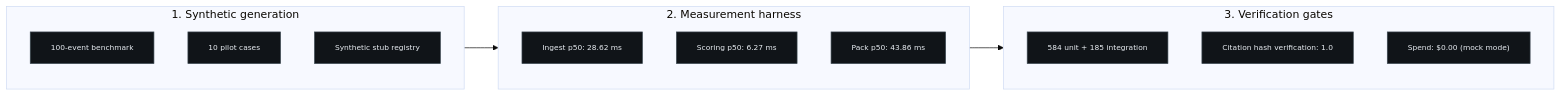
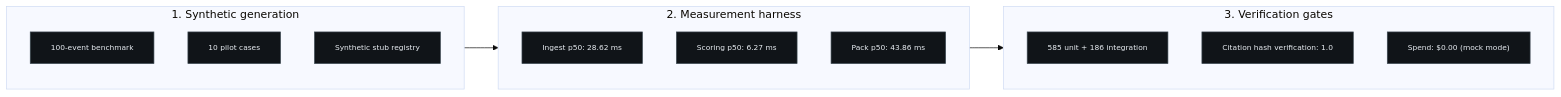
The diagram in EVALUATION.md (jeevesh2515/finsentinel-case-study), drawn with Mermaid (base theme) before and after one commit. The commit also changed other lines of this file and 6 other files, not shown here.

````diff
--- a/EVALUATION.md
+++ b/EVALUATION.md
@@ -19,28 +19,28 @@
 ```mermaid
 flowchart LR
     subgraph DataGen["1. Synthetic generation"]
         direction TB
         G1["100-event benchmark"]
         G2["10 pilot cases"]
         G3["Synthetic stub registry"]
     end
 
     subgraph Harness["2. Measurement harness"]
         direction TB
         H1["Ingest p50: 28.62 ms"]
         H2["Scoring p50: 6.27 ms"]
         H3["Pack p50: 43.86 ms"]
     end
 
     subgraph Gates["3. Verification gates"]
         direction TB
-        V1["584 unit + 185 integration"]
+        V1["585 unit + 186 integration"]
         V2["Citation hash verification: 1.0"]
         V3["Spend: $0.00 (mock mode)"]
     end
 
     DataGen --> Harness --> Gates
 
     classDef box fill:#101418,stroke:#3a4750,color:#e8edf2,font-size:11px;
     class G1,G2,G3,H1,H2,H3,V1,V2,V3 box;
 ```
````
